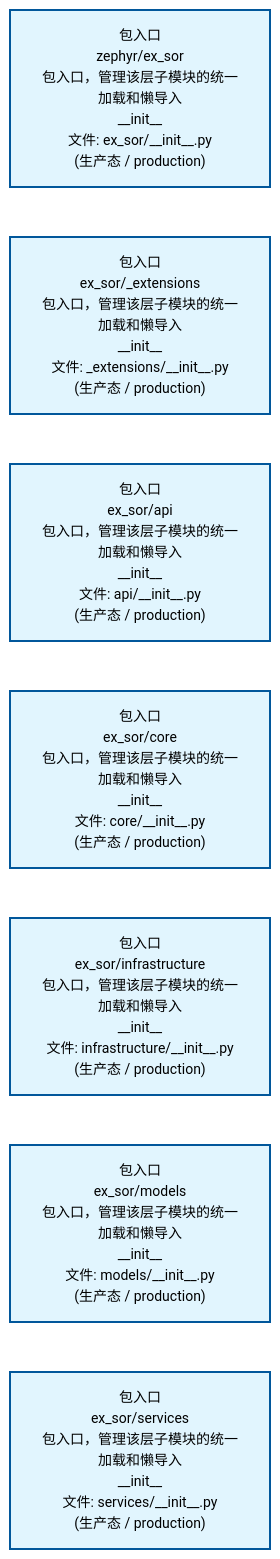
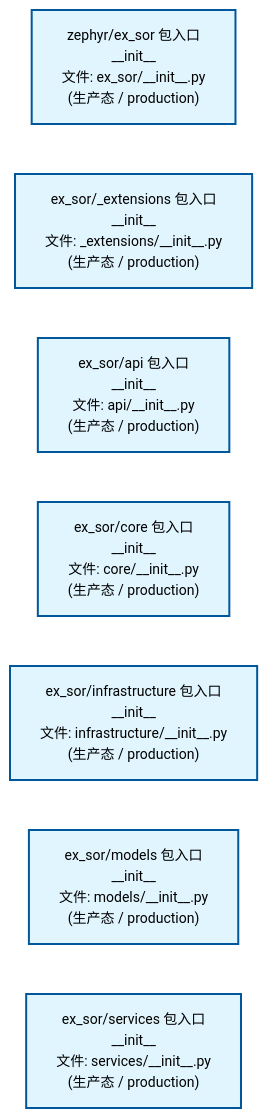
One commit to xuanFelixVan/ZephyrAlpha changed the second of 4 diagrams in docs/02_enterprise_architecture/02_domain_architecture_docs/45_d_ex_sor.md. Above: the diagram before and after it, drawn with Mermaid. The commit also changed other lines of this file and 61 other files, not shown here.

````diff
--- a/docs/02_enterprise_architecture/02_domain_architecture_docs/45_d_ex_sor.md
+++ b/docs/02_enterprise_architecture/02_domain_architecture_docs/45_d_ex_sor.md
@@ -111,22 +110,22 @@
 ```mermaid
 %%{init: {'theme': 'base', 'themeVariables': {'primaryColor': '#eaeaea', 'primaryTextColor': '#333333', 'primaryBorderColor': '#666666', 'lineColor': '#666666', 'secondaryColor': '#eaeaea', 'tertiaryColor': '#eaeaea', 'fontSize': '14px'}}}%%
 flowchart TD
-    src_zephyr_ex_sor_init_py["包入口<br/>zephyr/ex_sor<br/>包入口，管理该层子模块的统一加载和懒导入<br/>__init__<br/>文件: ex_sor/__init__.py<br/>(生产态 / production)"]
-    src_zephyr_ex_sor_extensions_init_py["包入口<br/>ex_sor/_extensions<br/>包入口，管理该层子模块的统一加载和懒导入<br/>__init__<br/>文件: _extensions/__init__.py<br/>(生产态 / production)"]
-    src_zephyr_ex_sor_api_init_py["包入口<br/>ex_sor/api<br/>包入口，管理该层子模块的统一加载和懒导入<br/>__init__<br/>文件: api/__init__.py<br/>(生产态 / production)"]
-    src_zephyr_ex_sor_core_init_py["包入口<br/>ex_sor/core<br/>包入口，管理该层子模块的统一加载和懒导入<br/>__init__<br/>文件: core/__init__.py<br/>(生产态 / production)"]
-    src_zephyr_ex_sor_infrastructure_init_py["包入口<br/>ex_sor/infrastructure<br/>包入口，管理该层子模块的统一加载和懒导入<br/>__init__<br/>文件: infrastructure/__init__.py<br/>(生产态 / production)"]
-    src_zephyr_ex_sor_models_init_py["包入口<br/>ex_sor/models<br/>包入口，管理该层子模块的统一加载和懒导入<br/>__init__<br/>文件: models/__init__.py<br/>(生产态 / production)"]
-    src_zephyr_ex_sor_services_init_py["包入口<br/>ex_sor/services<br/>包入口，管理该层子模块的统一加载和懒导入<br/>__init__<br/>文件: services/__init__.py<br/>(生产态 / production)"]
+    src_zephyr_ex_sor_init_py["zephyr/ex_sor 包入口<br/>__init__<br/>文件: ex_sor/__init__.py<br/>(生产态 / production)"]
+    src_zephyr_ex_sor_extensions_init_py["ex_sor/_extensions 包入口<br/>__init__<br/>文件: _extensions/__init__.py<br/>(生产态 / production)"]
+    src_zephyr_ex_sor_api_init_py["ex_sor/api 包入口<br/>__init__<br/>文件: api/__init__.py<br/>(生产态 / production)"]
+    src_zephyr_ex_sor_core_init_py["ex_sor/core 包入口<br/>__init__<br/>文件: core/__init__.py<br/>(生产态 / production)"]
+    src_zephyr_ex_sor_infrastructure_init_py["ex_sor/infrastructure 包入口<br/>__init__<br/>文件: infrastructure/__init__.py<br/>(生产态 / production)"]
+    src_zephyr_ex_sor_models_init_py["ex_sor/models 包入口<br/>__init__<br/>文件: models/__init__.py<br/>(生产态 / production)"]
+    src_zephyr_ex_sor_services_init_py["ex_sor/services 包入口<br/>__init__<br/>文件: services/__init__.py<br/>(生产态 / production)"]
     src_zephyr_ex_sor_init_py ~~~ src_zephyr_ex_sor_extensions_init_py
     src_zephyr_ex_sor_extensions_init_py ~~~ src_zephyr_ex_sor_api_init_py
     src_zephyr_ex_sor_api_init_py ~~~ src_zephyr_ex_sor_core_init_py
     src_zephyr_ex_sor_core_init_py ~~~ src_zephyr_ex_sor_infrastructure_init_py
     src_zephyr_ex_sor_infrastructure_init_py ~~~ src_zephyr_ex_sor_models_init_py
     src_zephyr_ex_sor_models_init_py ~~~ src_zephyr_ex_sor_services_init_py
     classDef production fill:#e1f5fe,stroke:#01579b,stroke-width:2px,color:#000
     classDef design fill:#fff3e0,stroke:#e65100,stroke-width:2px,color:#000,stroke-dasharray: 5 5
     classDef external_prod fill:#e8f4fd,stroke:#0277bd,stroke-width:1px,color:#000
     classDef external_design fill:#fff8e7,stroke:#ef6c00,stroke-width:1px,color:#000,stroke-dasharray: 5 5
     class src_zephyr_ex_sor_init_py,src_zephyr_ex_sor_extensions_init_py,src_zephyr_ex_sor_api_init_py,src_zephyr_ex_sor_core_init_py,src_zephyr_ex_sor_infrastructure_init_py,src_zephyr_ex_sor_models_init_py,src_zephyr_ex_sor_services_init_py production
 ```
````
